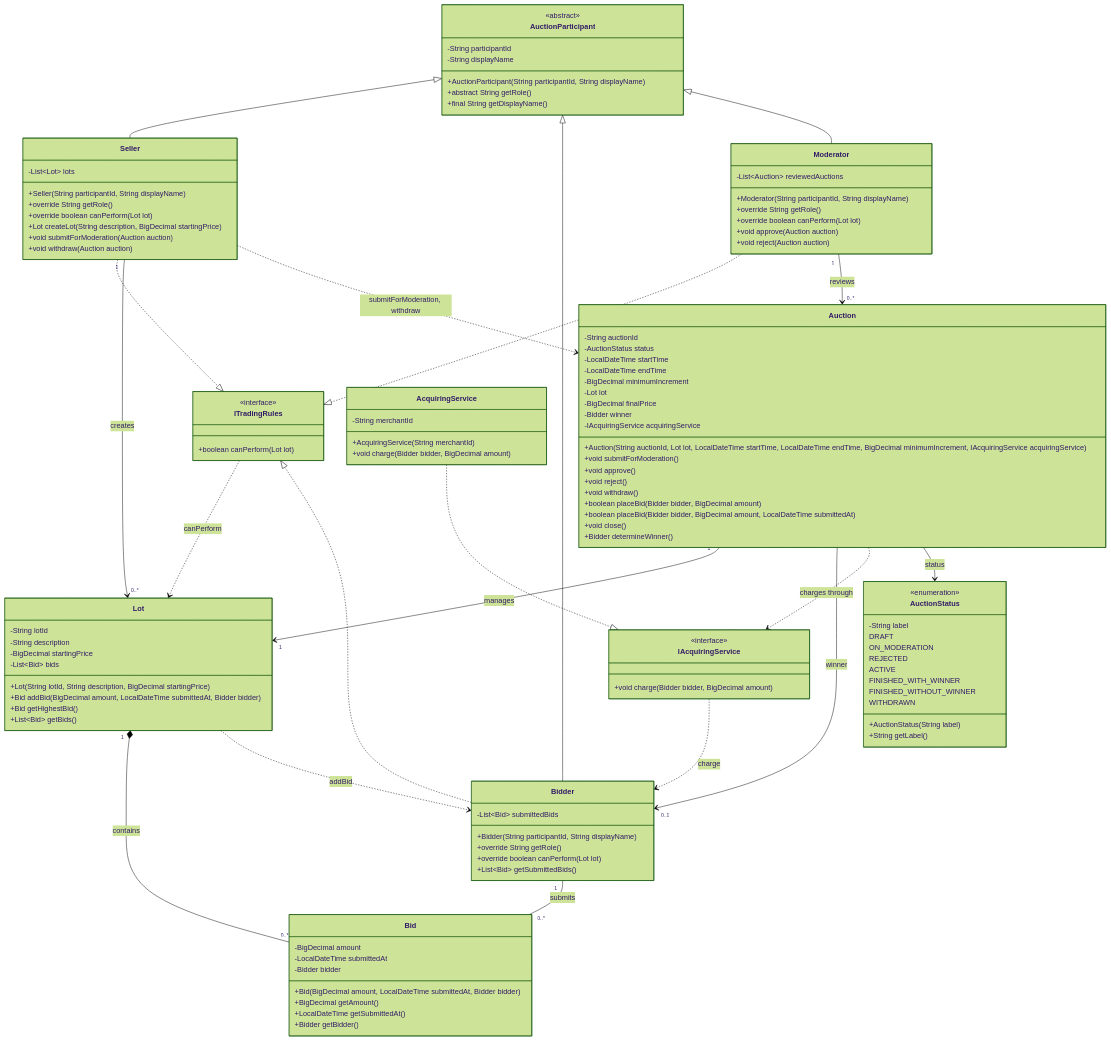
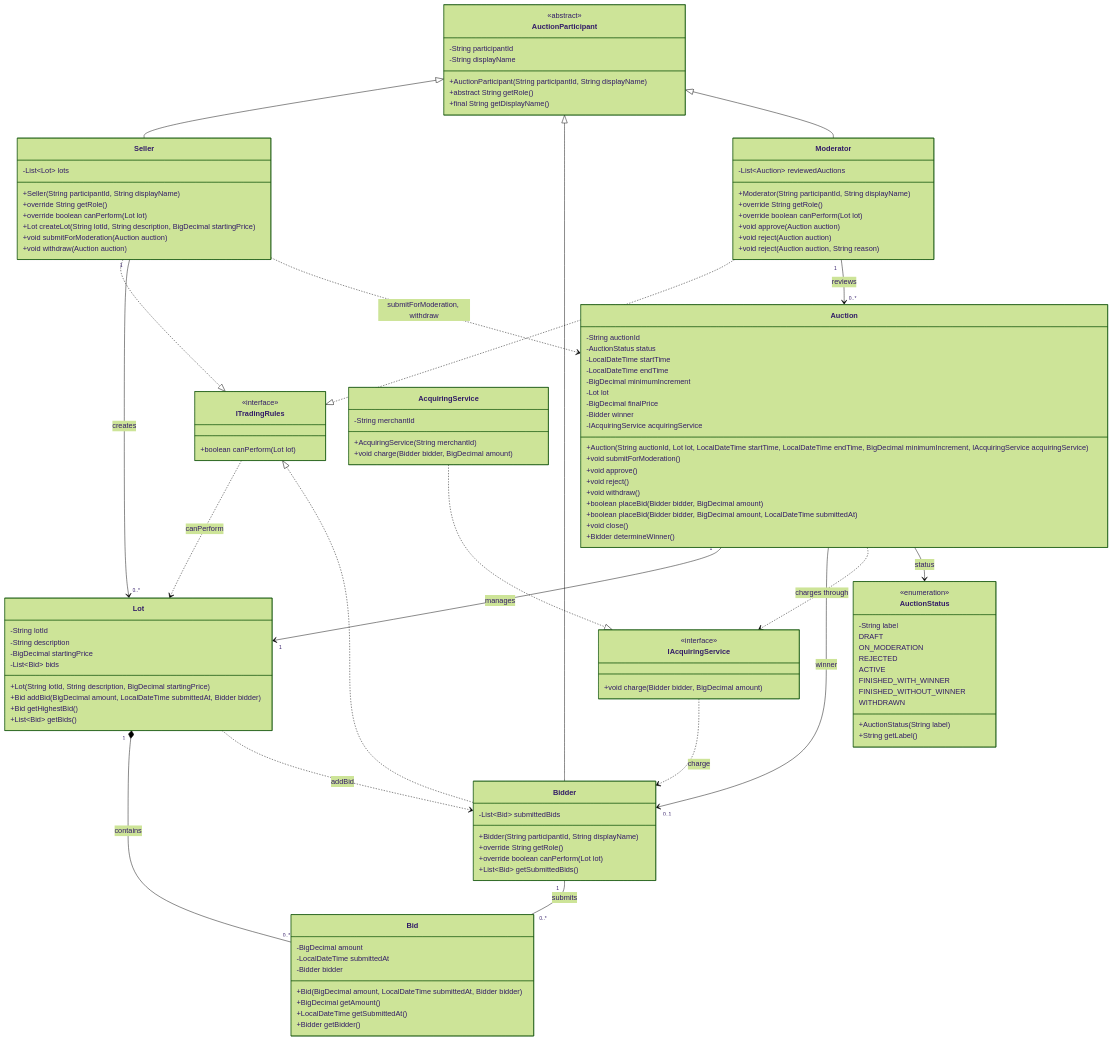
The diagram in docs/class.mmd (KitoragiVioleta/onlineauction), drawn with Mermaid (forest theme) before and after one commit. The commit also changed 17 other files, not shown here.

```diff
--- a/docs/class.mmd
+++ b/docs/class.mmd
@@ -1,128 +1,129 @@
 classDiagram
 class AuctionParticipant {
   <<abstract>>
   -String participantId
   -String displayName
   +AuctionParticipant(String participantId, String displayName)
   +abstract String getRole()
   +final String getDisplayName()
 }
 
 class Seller {
   -List~Lot~ lots
   +Seller(String participantId, String displayName)
   +override String getRole()
   +override boolean canPerform(Lot lot)
-  +Lot createLot(String description, BigDecimal startingPrice)
+  +Lot createLot(String lotId, String description, BigDecimal startingPrice)
   +void submitForModeration(Auction auction)
   +void withdraw(Auction auction)
 }
 
 class Bidder {
   -List~Bid~ submittedBids
   +Bidder(String participantId, String displayName)
   +override String getRole()
   +override boolean canPerform(Lot lot)
   +List~Bid~ getSubmittedBids()
 }
 
 class Moderator {
   -List~Auction~ reviewedAuctions
   +Moderator(String participantId, String displayName)
   +override String getRole()
   +override boolean canPerform(Lot lot)
   +void approve(Auction auction)
   +void reject(Auction auction)
+  +void reject(Auction auction, String reason)
 }
 
 class ITradingRules {
   <<interface>>
   +boolean canPerform(Lot lot)
 }
 
 class IAcquiringService {
   <<interface>>
   +void charge(Bidder bidder, BigDecimal amount)
 }
 
 class AuctionStatus {
   <<enumeration>>
   -String label
   +AuctionStatus(String label)
   +String getLabel()
   DRAFT
   ON_MODERATION
   REJECTED
   ACTIVE
   FINISHED_WITH_WINNER
   FINISHED_WITHOUT_WINNER
   WITHDRAWN
 }
 
 class Auction {
   -String auctionId
   -AuctionStatus status
   -LocalDateTime startTime
   -LocalDateTime endTime
   -BigDecimal minimumIncrement
   -Lot lot
   -BigDecimal finalPrice
   -Bidder winner
   -IAcquiringService acquiringService
   +Auction(String auctionId, Lot lot, LocalDateTime startTime, LocalDateTime endTime, BigDecimal minimumIncrement, IAcquiringService acquiringService)
   +void submitForModeration()
   +void approve()
   +void reject()
   +void withdraw()
   +boolean placeBid(Bidder bidder, BigDecimal amount)
   +boolean placeBid(Bidder bidder, BigDecimal amount, LocalDateTime submittedAt)
   +void close()
   +Bidder determineWinner()
 }
 
 class Lot {
   -String lotId
   -String description
   -BigDecimal startingPrice
   -List~Bid~ bids
   +Lot(String lotId, String description, BigDecimal startingPrice)
   +Bid addBid(BigDecimal amount, LocalDateTime submittedAt, Bidder bidder)
   +Bid getHighestBid()
   +List~Bid~ getBids()
 }
 
 class Bid {
   -BigDecimal amount
   -LocalDateTime submittedAt
   -Bidder bidder
   +Bid(BigDecimal amount, LocalDateTime submittedAt, Bidder bidder)
   +BigDecimal getAmount()
   +LocalDateTime getSubmittedAt()
   +Bidder getBidder()
 }
 
 class AcquiringService {
   -String merchantId
   +AcquiringService(String merchantId)
   +void charge(Bidder bidder, BigDecimal amount)
 }
 
 AuctionParticipant <|-- Seller
 AuctionParticipant <|-- Bidder
 AuctionParticipant <|-- Moderator
 Seller ..|> ITradingRules
 Bidder ..|> ITradingRules
 Moderator ..|> ITradingRules
 AcquiringService ..|> IAcquiringService
 Auction "1" --> "1" Lot : manages
 Lot "1" *-- "0..*" Bid : contains
 Bidder "1" -- "0..*" Bid : submits
 Auction --> "0..1" Bidder : winner
 Seller "1" --> "0..*" Lot : creates
 Moderator "1" --> "0..*" Auction : reviews
 Auction ..> IAcquiringService : charges through
 Seller ..> Auction : submitForModeration, withdraw
 ITradingRules ..> Lot : canPerform
 IAcquiringService ..> Bidder : charge
 Lot ..> Bidder : addBid
 Auction --> AuctionStatus : status
```
